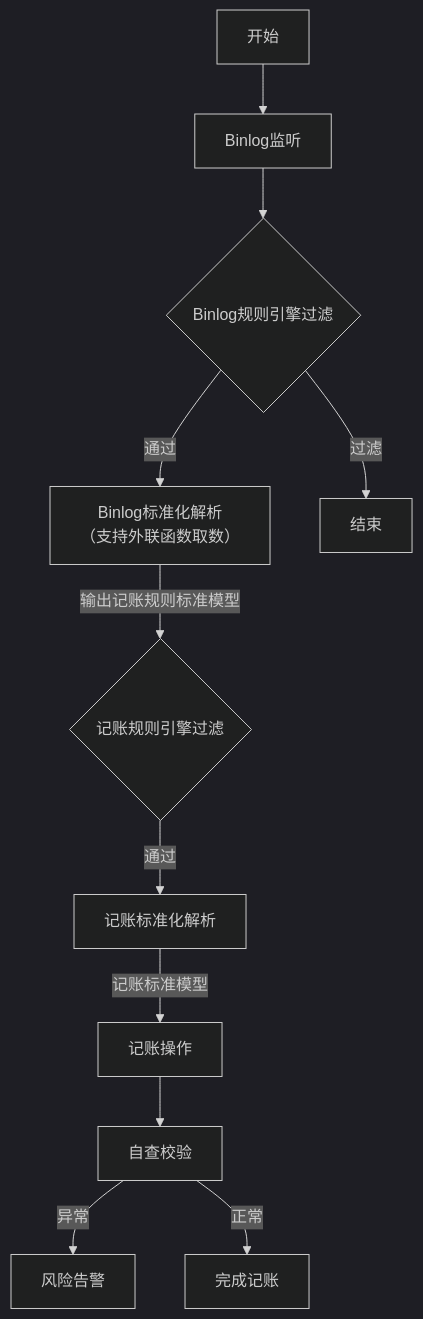
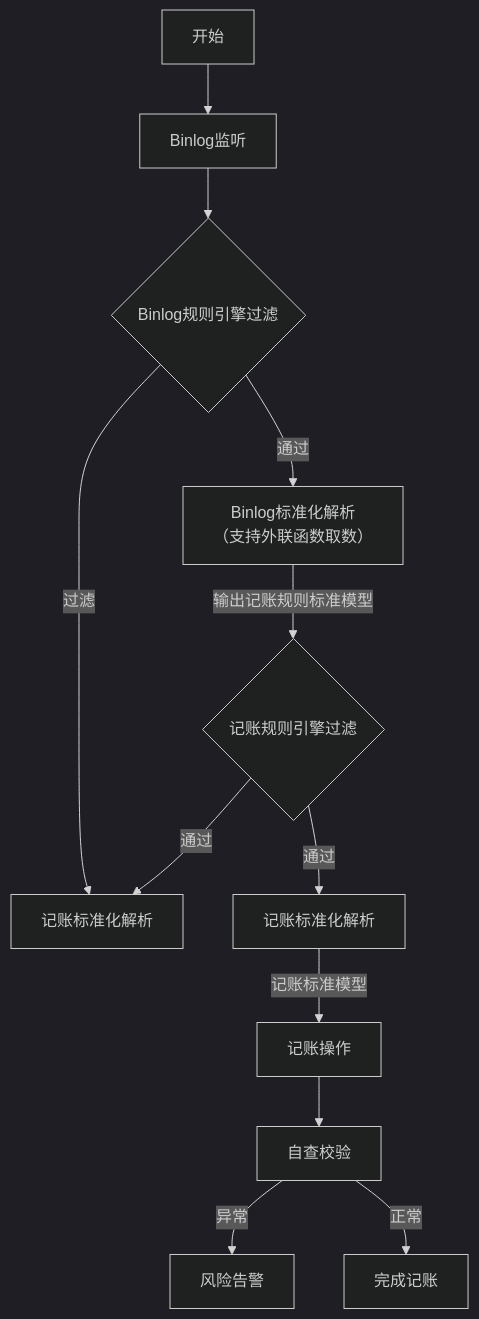
The diagram in all/记账架构流程图.md (87828943/iodraw-files), drawn with Mermaid (dark theme) before and after one commit.

Commit message:
2025-07-07 14:55:06 update

````diff
--- a/all/记账架构流程图.md
+++ b/all/记账架构流程图.md
@@ -1,14 +1,15 @@
 ```mermaid
 graph TD
     Z[开始] --> A
     A[Binlog监听] --> B{Binlog规则引擎过滤}
     B -->|通过| C[Binlog标准化解析
     （支持外联函数取数）]
     B -->|过滤| K[结束]
     C --> |输出记账规则标准模型|D{记账规则引擎过滤}
     D --> |通过|E[记账标准化解析]
+    D --> |通过|K[记账标准化解析]
     E --> |记账标准模型|F[记账操作]
     F --> G[自查校验]
     G -->|异常| H[风险告警]
     G -->|正常| I[完成记账]
 ```
````
